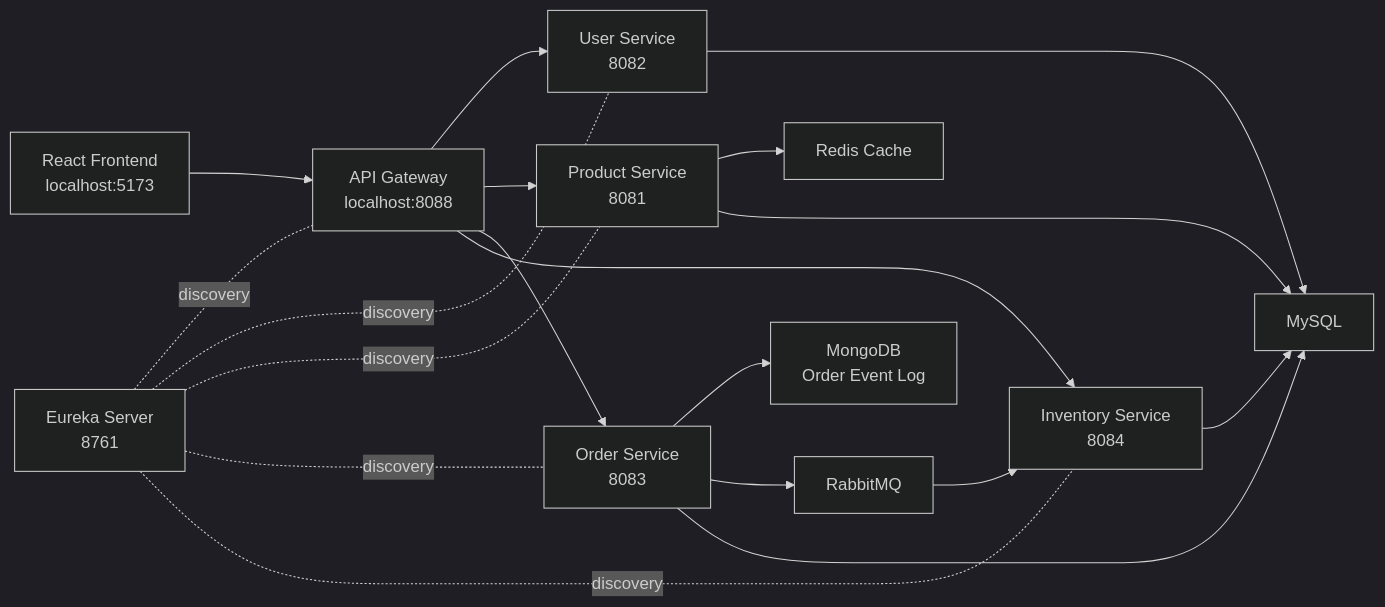
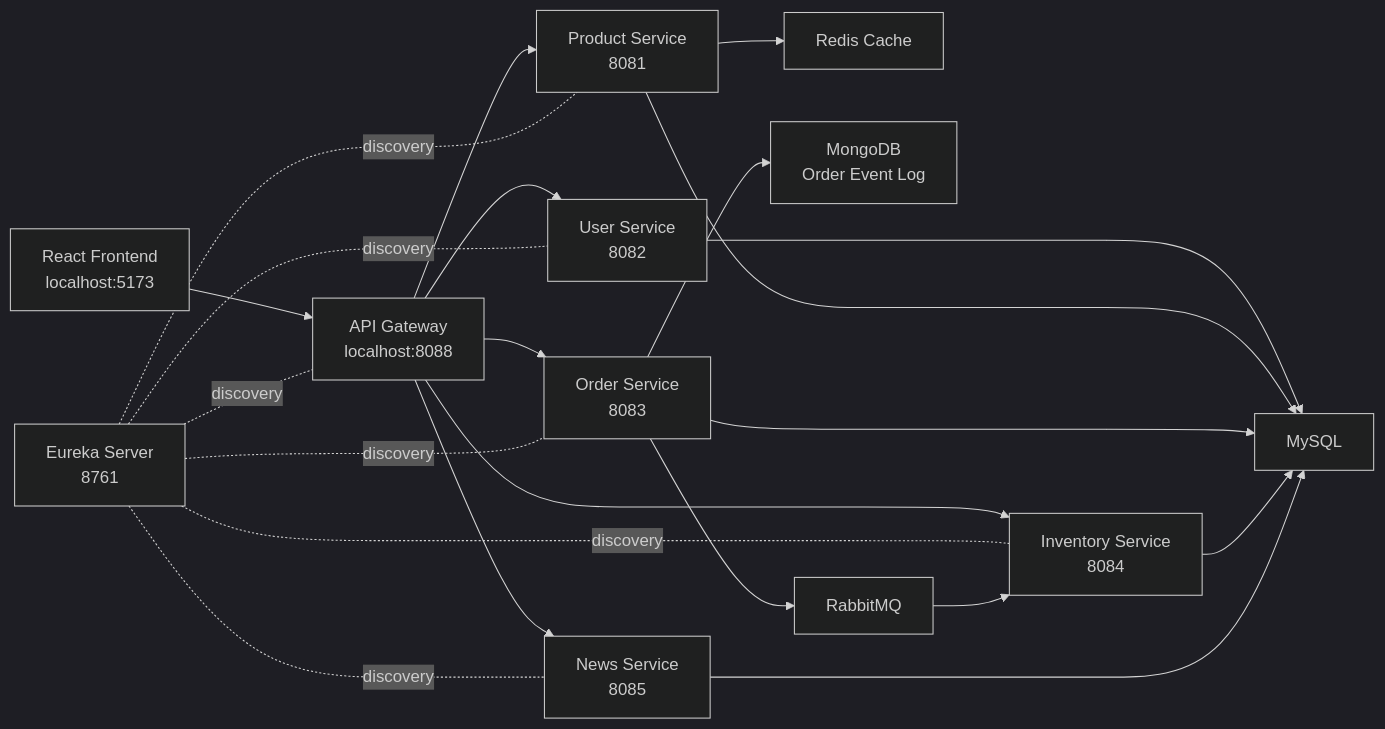
The diagram in README.md (ndl2004/microservice), drawn with Mermaid (dark theme) before and after one commit. The commit also changed other lines of this file and 19 other files, not shown here.

Commit message:
Add dedicated news service

````diff
--- a/README.md
+++ b/README.md
@@ -49,24 +50,27 @@
 ```mermaid
 flowchart LR
     Client["React Frontend<br/>localhost:5173"] --> Gateway["API Gateway<br/>localhost:8088"]
     Gateway --> User["User Service<br/>8082"]
     Gateway --> Product["Product Service<br/>8081"]
     Gateway --> Order["Order Service<br/>8083"]
     Gateway --> Inventory["Inventory Service<br/>8084"]
+    Gateway --> News["News Service<br/>8085"]
 
     Eureka["Eureka Server<br/>8761"] -. discovery .- Gateway
     Eureka -. discovery .- User
     Eureka -. discovery .- Product
     Eureka -. discovery .- Order
     Eureka -. discovery .- Inventory
+    Eureka -. discovery .- News
 
     Product --> Redis["Redis Cache"]
     Order --> Mongo["MongoDB<br/>Order Event Log"]
     Order --> Rabbit["RabbitMQ"]
     Rabbit --> Inventory
 
     User --> MySQL["MySQL"]
     Product --> MySQL
     Order --> MySQL
     Inventory --> MySQL
+    News --> MySQL
 ```
````
